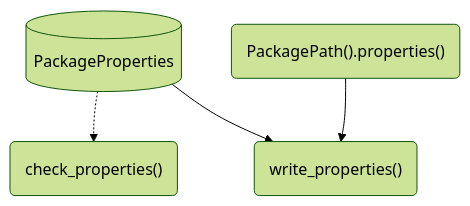
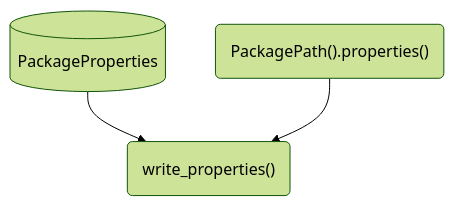
One commit to seedcase-project/seedcase-sprout changed the first of 7 diagrams in docs/design/interface/flows.qmd. Above: the diagram before and after it, drawn with Mermaid (forest theme). The commit also changed other lines of this file and 5 other files, not shown here.

````diff
--- a/docs/design/interface/flows.qmd
+++ b/docs/design/interface/flows.qmd
@@ -54,14 +53,12 @@
 ```{mermaid}
 %%| label: fig-flow-new-package
 %%| fig-cap: "Diagram showing the flow of objects and functions to create a new package."
 %%| fig-alt: "A flow diagram showing the steps to making a new package."
 flowchart
     properties[(PackageProperties)]
     path_properties("PackagePath().properties()")
-    check_properties("check_properties()")
     write_properties("write_properties()")
 
-    properties -.-> check_properties
     properties --> write_properties
     path_properties --> write_properties
 ```
````
